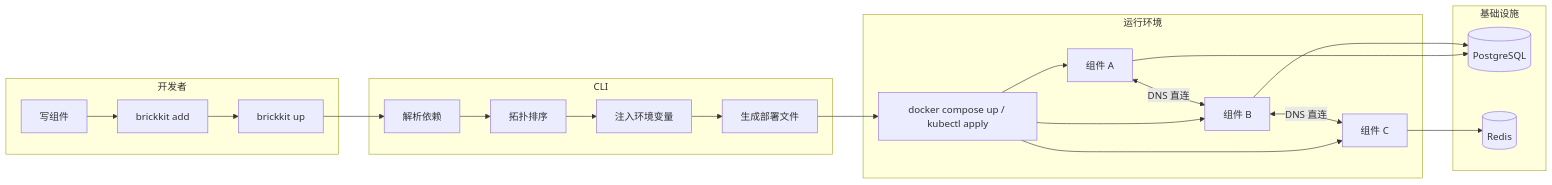
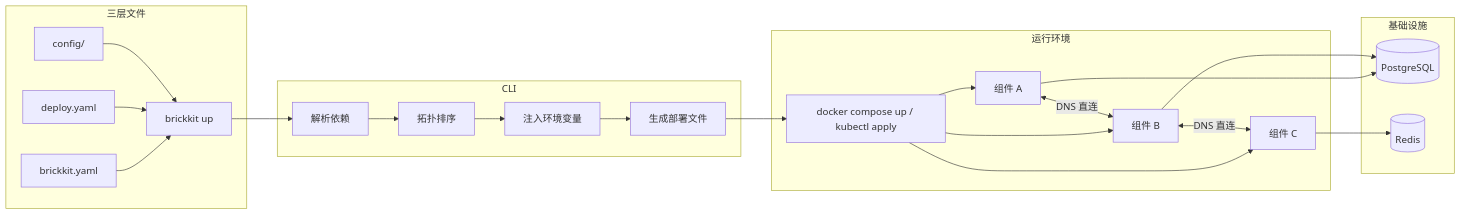
One commit to brickKit/brickKit changed the diagram in README.zh.md. Above: the diagram before and after it, drawn with Mermaid. The commit also changed other lines of this file and 28 other files, not shown here.

````diff
--- a/README.zh.md
+++ b/README.zh.md
@@ -219,30 +237,31 @@
 ```mermaid
 graph LR
-    subgraph 开发者
-        A[写组件] --> B[brickkit add]
-        B --> C[brickkit up]
+    subgraph 三层文件
+        A1[brickkit.yaml] --> C
+        A2[deploy.yaml] --> C
+        A3[config/] --> C
     end
 
     subgraph CLI
-        C --> D[解析依赖]
+        C[brickkit up] --> D[解析依赖]
         D --> E[拓扑排序]
         E --> F[注入环境变量]
         F --> G[生成部署文件]
     end
 
     subgraph 运行环境
         G --> H[docker compose up / kubectl apply]
         H --> I[组件 A]
         H --> J[组件 B]
         H --> K[组件 C]
 
         I <-->|DNS 直连| J
         J <-->|DNS 直连| K
     end
 
     subgraph 基础设施
         I --> L[(PostgreSQL)]
         J --> L
         K --> M[(Redis)]
     end
 ```
````
